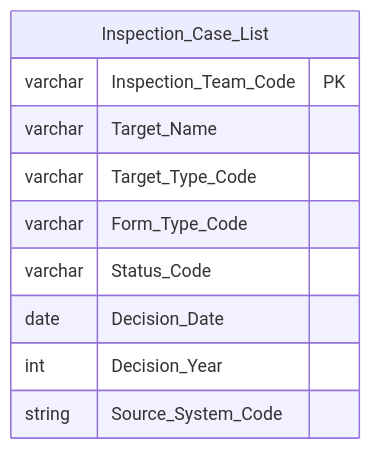
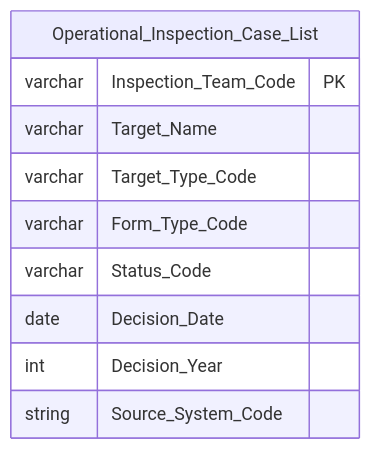
One commit to linhlvit/ubck_atomic_design changed diagram 21 of 50 in Datamart/hld/DTM_TT_HLD.md. Above: the diagram before and after it, drawn with Mermaid. The commit also changed other lines of this file and 26 other files, not shown here.

````diff
--- a/Datamart/hld/DTM_TT_HLD.md
+++ b/Datamart/hld/DTM_TT_HLD.md
@@ -738,13 +762,13 @@
 ```mermaid
 erDiagram
-    Inspection_Case_List {
+    Operational_Inspection_Case_List {
         varchar Inspection_Team_Code PK
         varchar Target_Name
         varchar Target_Type_Code
         varchar Form_Type_Code
         varchar Status_Code
         date Decision_Date
         int Decision_Year
         string Source_System_Code
     }
 ```
````
